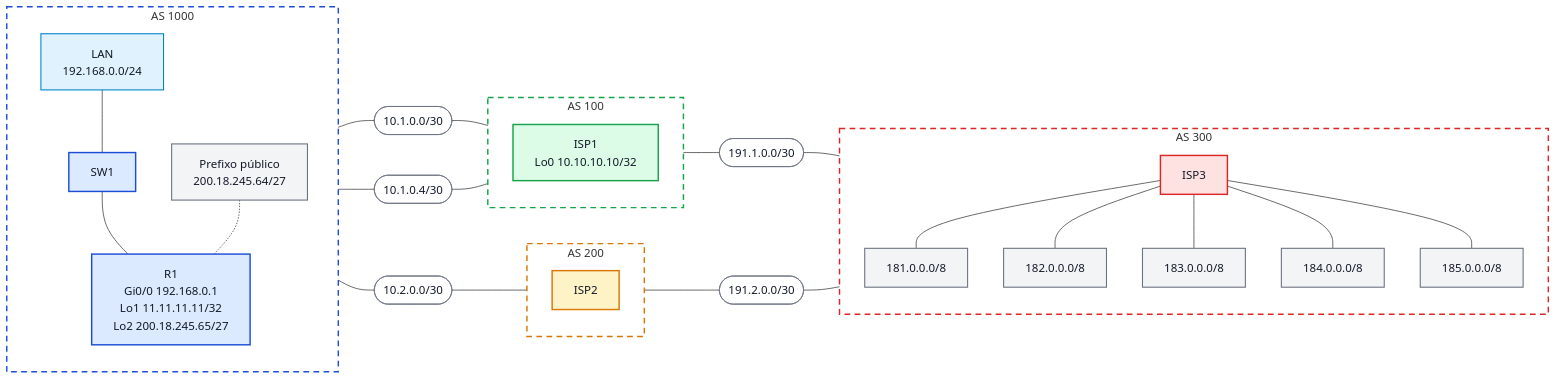
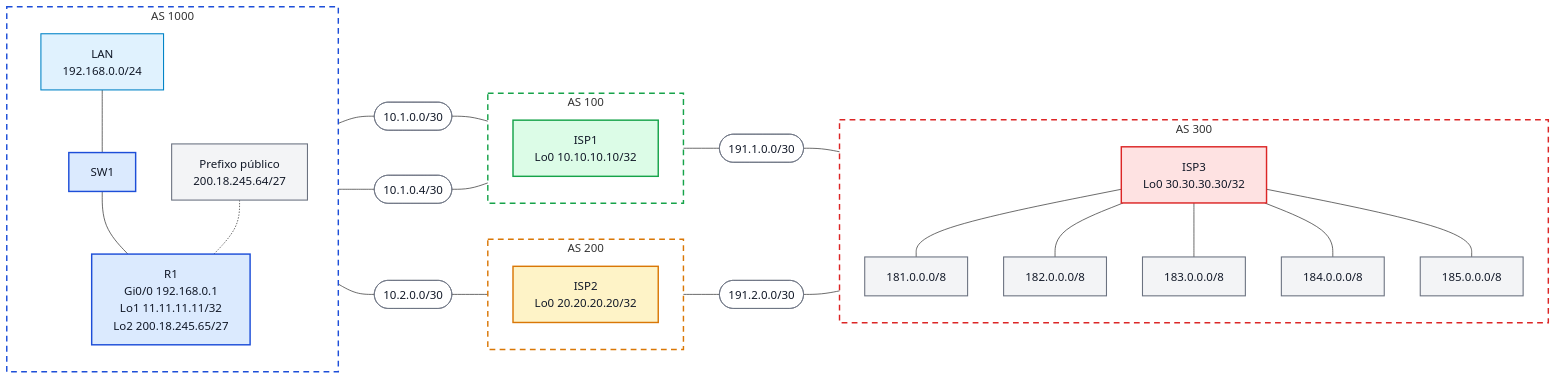
Before and after one commit to oficialvzi/PTR: the diagram in labs/lab08.md, drawn with Mermaid. The commit also changed other lines of this file, not shown here.

````diff
--- a/labs/lab08.md
+++ b/labs/lab08.md
@@ -96,74 +97,74 @@
 ```mermaid
 flowchart LR
     subgraph AS1000["AS 1000"]
         direction TB
         LAN1["LAN<br/>192.168.0.0/24"]
         SW1["SW1"]
         R1["R1<br/>Gi0/0 192.168.0.1<br/>Lo1 11.11.11.11/32<br/>Lo2 200.18.245.65/27"]
         PFX1["Prefixo público<br/>200.18.245.64/27"]
 
         LAN1 --- SW1
         SW1 --- R1
         PFX1 -.- R1
     end
 
     subgraph AS100["AS 100"]
         direction TB
         ISP1["ISP1<br/>Lo0 10.10.10.10/32"]
     end
 
     subgraph AS200["AS 200"]
         direction TB
-        ISP2["ISP2"]
+        ISP2["ISP2<br/>Lo0 20.20.20.20/32"]
     end
 
     subgraph AS300["AS 300"]
         direction TB
-        ISP3["ISP3"]
+        ISP3["ISP3<br/>Lo0 30.30.30.30/32"]
         P181["181.0.0.0/8"]
         P182["182.0.0.0/8"]
         P183["183.0.0.0/8"]
         P184["184.0.0.0/8"]
         P185["185.0.0.0/8"]
 
         ISP3 --- P181
         ISP3 --- P182
         ISP3 --- P183
         ISP3 --- P184
         ISP3 --- P185
     end
 
     %% Enlaces representados como nós, para evitar sobreposição de rótulos
     N1(["10.1.0.0/30"])
     N2(["10.1.0.4/30"])
     N3(["10.2.0.0/30"])
     N4(["191.1.0.0/30"])
     N5(["191.2.0.0/30"])
 
     R1 --- N1 --- ISP1
     R1 --- N2 --- ISP1
     R1 --- N3 --- ISP2
     ISP1 --- N4 --- ISP3
     ISP2 --- N5 --- ISP3
 
     classDef empresa fill:#dbeafe,stroke:#1d4ed8,color:#111827,stroke-width:2px;
     classDef isp1 fill:#dcfce7,stroke:#16a34a,color:#111827,stroke-width:2px;
     classDef isp2 fill:#fef3c7,stroke:#d97706,color:#111827,stroke-width:2px;
     classDef isp3 fill:#fee2e2,stroke:#dc2626,color:#111827,stroke-width:2px;
     classDef prefixo fill:#f3f4f6,stroke:#6b7280,color:#111827,stroke-width:1.5px;
     classDef lan fill:#e0f2fe,stroke:#0284c7,color:#111827,stroke-width:1.5px;
     classDef enlace fill:#ffffff,stroke:#6b7280,color:#111827,stroke-width:1px;
 
     class R1,SW1 empresa;
     class ISP1 isp1;
     class ISP2 isp2;
     class ISP3 isp3;
     class PFX1,P181,P182,P183,P184,P185 prefixo;
     class LAN1 lan;
     class N1,N2,N3,N4,N5 enlace;
 
     style AS1000 fill:transparent,stroke:#1d4ed8,stroke-width:2px,stroke-dasharray: 8 6
     style AS100 fill:transparent,stroke:#16a34a,stroke-width:2px,stroke-dasharray: 8 6
     style AS200 fill:transparent,stroke:#d97706,stroke-width:2px,stroke-dasharray: 8 6
     style AS300 fill:transparent,stroke:#dc2626,stroke-width:2px,stroke-dasharray: 8 6
 ```
````
